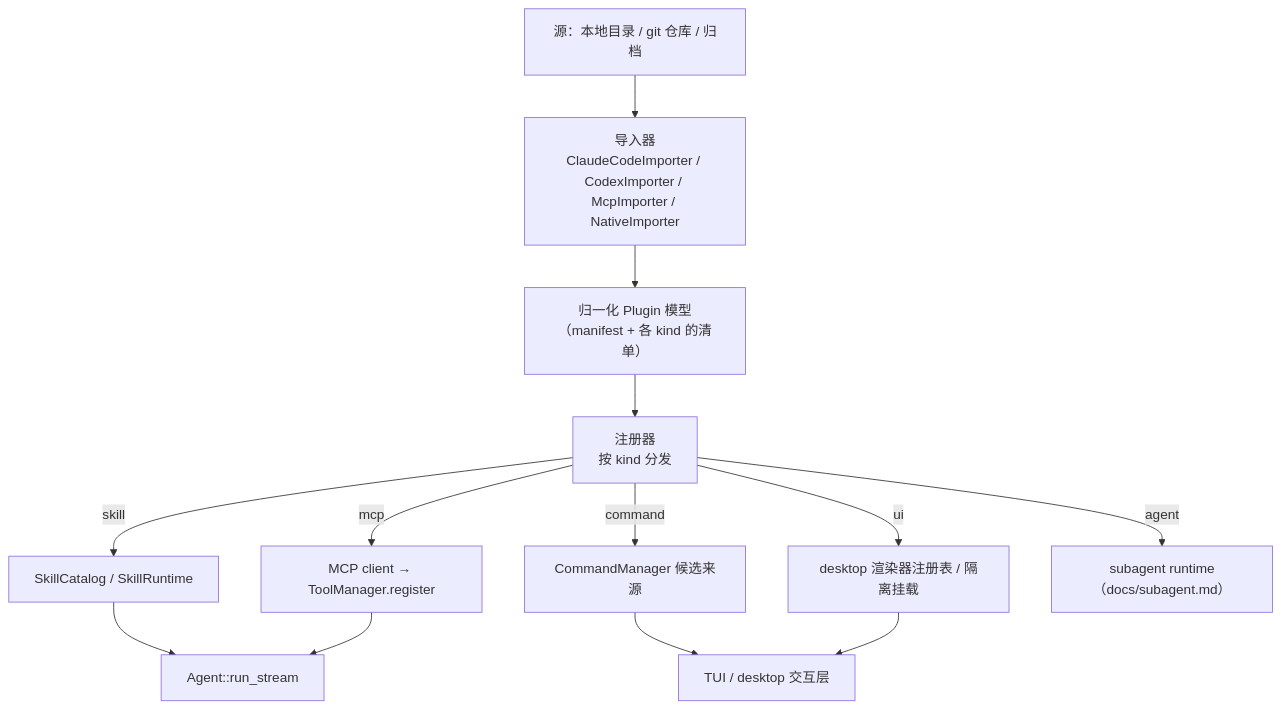
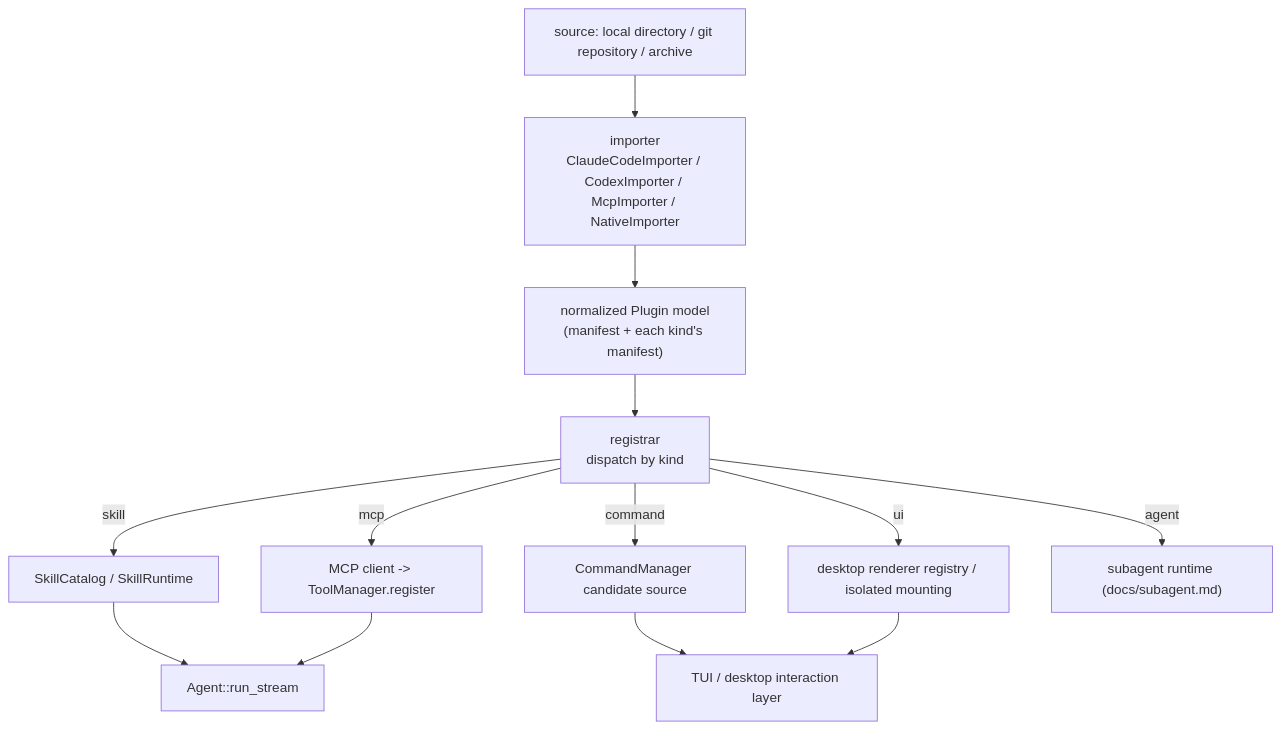
The diagram in docs/plugin-marketplace.md (Seann0824/Shirley), drawn with Mermaid before and after one commit. The commit also changed other lines of this file and 131 other files, not shown here.

````diff
--- a/docs/plugin-marketplace.md
+++ b/docs/plugin-marketplace.md
@@ -180,15 +203,15 @@
 ```mermaid
 flowchart TD
-    Src["源：本地目录 / git 仓库 / 归档"] --> Imp["导入器<br/>ClaudeCodeImporter / CodexImporter / McpImporter / NativeImporter"]
-    Imp --> Norm["归一化 Plugin 模型<br/>（manifest + 各 kind 的清单）"]
-    Norm --> Reg["注册器<br/>按 kind 分发"]
+    Src["source: local directory / git repository / archive"] --> Imp["importer<br/>ClaudeCodeImporter / CodexImporter / McpImporter / NativeImporter"]
+    Imp --> Norm["normalized Plugin model<br/>(manifest + each kind's manifest)"]
+    Norm --> Reg["registrar<br/>dispatch by kind"]
     Reg -->|skill| SK["SkillCatalog / SkillRuntime"]
-    Reg -->|mcp| MC["MCP client → ToolManager.register"]
-    Reg -->|command| CM["CommandManager 候选来源"]
-    Reg -->|ui| UI["desktop 渲染器注册表 / 隔离挂载"]
-    Reg -->|agent| SA["subagent runtime（docs/subagent.md）"]
+    Reg -->|mcp| MC["MCP client -> ToolManager.register"]
+    Reg -->|command| CM["CommandManager candidate source"]
+    Reg -->|ui| UI["desktop renderer registry / isolated mounting"]
+    Reg -->|agent| SA["subagent runtime (docs/subagent.md)"]
     SK --> Agent["Agent::run_stream"]
     MC --> Agent
-    CM --> TUI["TUI / desktop 交互层"]
+    CM --> TUI["TUI / desktop interaction layer"]
     UI --> TUI
 ```
````
